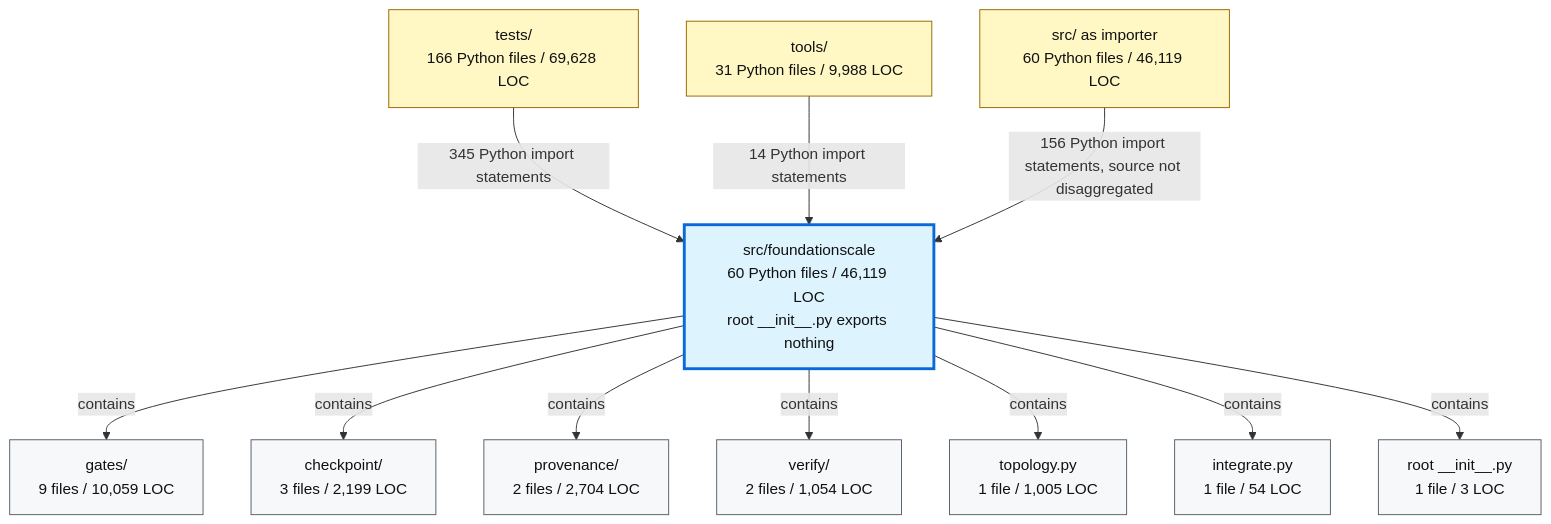
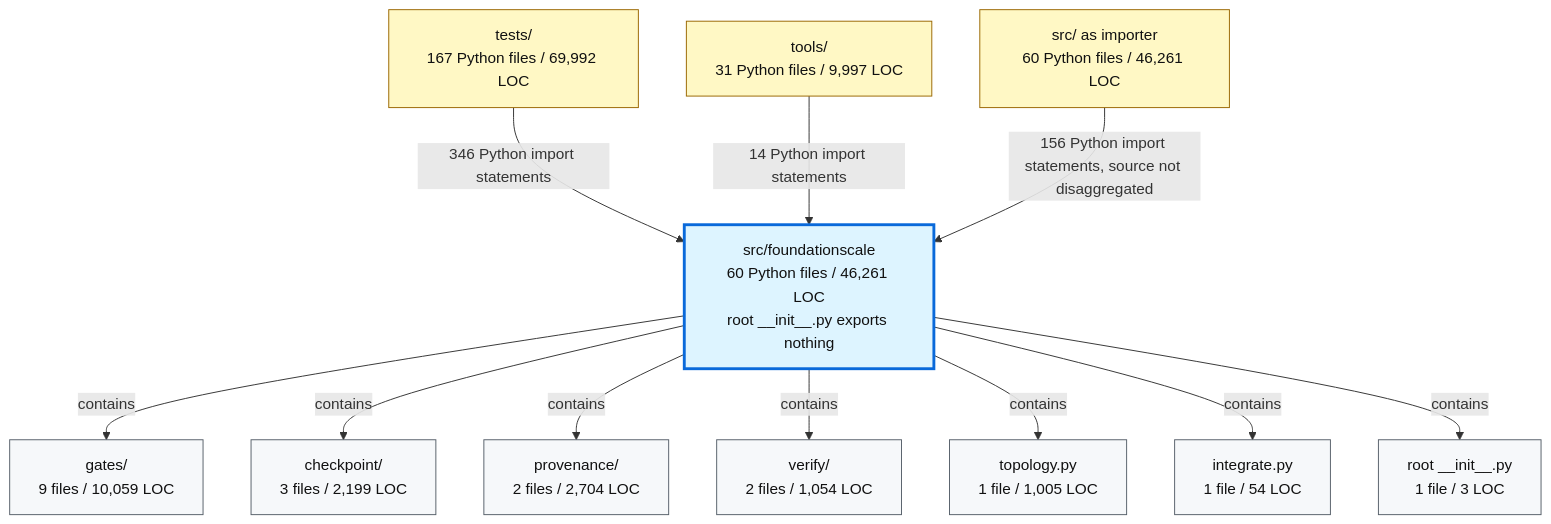
The second of 2 diagrams in docs/review/D2_current_architecture.md (TranNhiem/FoundationScale), drawn with Mermaid before and after one commit. The commit also changed other lines of this file and 20 other files, not shown here.

````diff
--- a/docs/review/D2_current_architecture.md
+++ b/docs/review/D2_current_architecture.md
@@ -97,36 +97,36 @@
 ```mermaid
 flowchart TB
-  TESTS["tests/<br/>166 Python files / 69,628 LOC"]
-  TOOLS["tools/<br/>31 Python files / 9,988 LOC"]
-  SRC["src/ as importer<br/>60 Python files / 46,119 LOC"]
+  TESTS["tests/<br/>167 Python files / 69,992 LOC"]
+  TOOLS["tools/<br/>31 Python files / 9,997 LOC"]
+  SRC["src/ as importer<br/>60 Python files / 46,261 LOC"]
 
-  FS["src/foundationscale<br/>60 Python files / 46,119 LOC<br/>root __init__.py exports nothing"]
+  FS["src/foundationscale<br/>60 Python files / 46,261 LOC<br/>root __init__.py exports nothing"]
 
   GATES["gates/<br/>9 files / 10,059 LOC"]
   CKPT["checkpoint/<br/>3 files / 2,199 LOC"]
   PROV["provenance/<br/>2 files / 2,704 LOC"]
   VERIFY["verify/<br/>2 files / 1,054 LOC"]
   TOPO["topology.py<br/>1 file / 1,005 LOC"]
   INTEG["integrate.py<br/>1 file / 54 LOC"]
   ROOT["root __init__.py<br/>1 file / 3 LOC"]
 
-  TESTS -->|"345 Python import statements"| FS
+  TESTS -->|"346 Python import statements"| FS
   TOOLS -->|"14 Python import statements"| FS
   SRC -->|"156 Python import statements, source not disaggregated"| FS
 
   FS -->|"contains"| GATES
   FS -->|"contains"| CKPT
   FS -->|"contains"| PROV
   FS -->|"contains"| VERIFY
   FS -->|"contains"| TOPO
   FS -->|"contains"| INTEG
   FS -->|"contains"| ROOT
 
   classDef consumer fill:#fff8c5,stroke:#9a6700,color:#111;
   classDef package fill:#ddf4ff,stroke:#0969da,stroke-width:3px,color:#111;
   classDef module fill:#f6f8fa,stroke:#57606a,color:#111;
 
   class TESTS,TOOLS,SRC consumer;
   class FS package;
   class GATES,CKPT,PROV,VERIFY,TOPO,INTEG,ROOT module;
 ```
````
